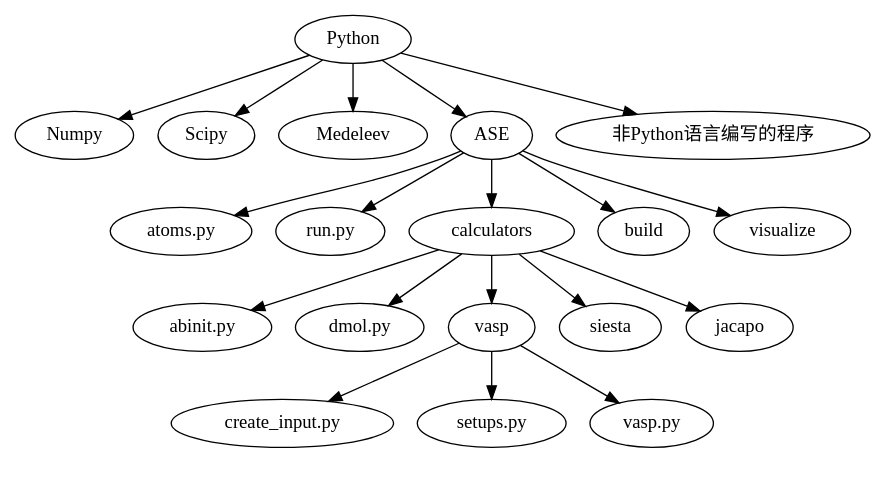
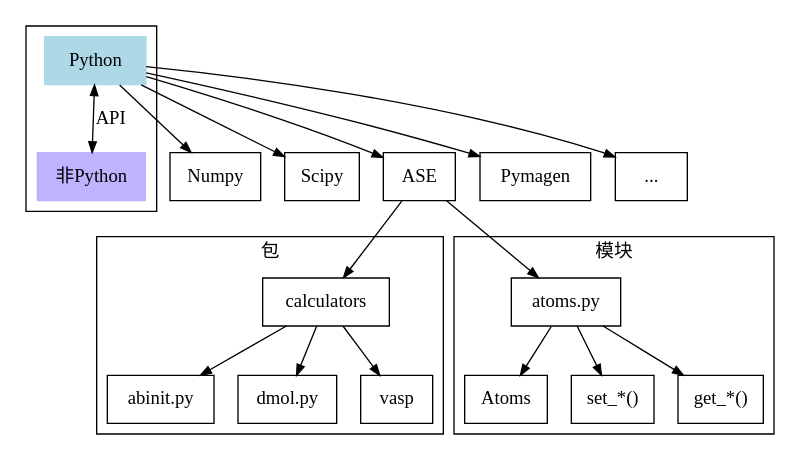
The diagram in Doing/data/python_tree.dot (tingfengliu/ldr), drawn with Graphviz before and after one commit. The commit also changed 3 other files, not shown here.

```diff
--- a/Doing/data/python_tree.dot
+++ b/Doing/data/python_tree.dot
@@ -1,26 +1,29 @@
-digraph python_tree{  //指定图的类型和名字
- 
-    Python -> Numpy;  //创建节点和边线
-    Python -> Scipy;
-    Python -> Medeleev;
-    Python -> ASE    
-    Python -> "非Python语言编写的程序";
+digraph python{  
+    node [shape=box];    
+    edge [arrowsize = 0.8]; 
+
+    " Python "[color=lightblue,style=filled];
+    " Python " -> {Numpy, Scipy, ASE, Pymagen, "..."};
+    "非Python"[style=filled,color=".7 .3 1.0"];       
+    subgraph cluster0{
+        rankdir=LR;
+        rank = same;
+        " Python " -> "非Python"[dir=both, label="API"]}
+        
+    ASE -> "calculators";        
+    subgraph cluster1{
+        node [shape=box];
+        label = "包";
+        calculators -> "abinit.py";
+        calculators -> "dmol.py";
+        calculators -> "vasp";}
 
     ASE -> "atoms.py";
-    ASE -> "run.py";
-    ASE -> "calculators";    
-    ASE -> "build";
-    ASE -> "visualize";
-
-    calculators -> "abinit.py";
-    calculators -> "dmol.py";
-    calculators -> "vasp";
-    calculators -> "siesta";
-    calculators -> "jacapo";
-
-    vasp -> "create_input.py";
-    vasp -> "setups.py";
-    vasp -> "vasp.py";
-    
-    label = " "   
-     }
+    subgraph cluster2{
+        node [shape=box];
+        label = "模块";
+        "atoms.py" -> Atoms;
+        "atoms.py" -> "set_*()";
+        "atoms.py" -> "get_*()";
+    }
+}
```
